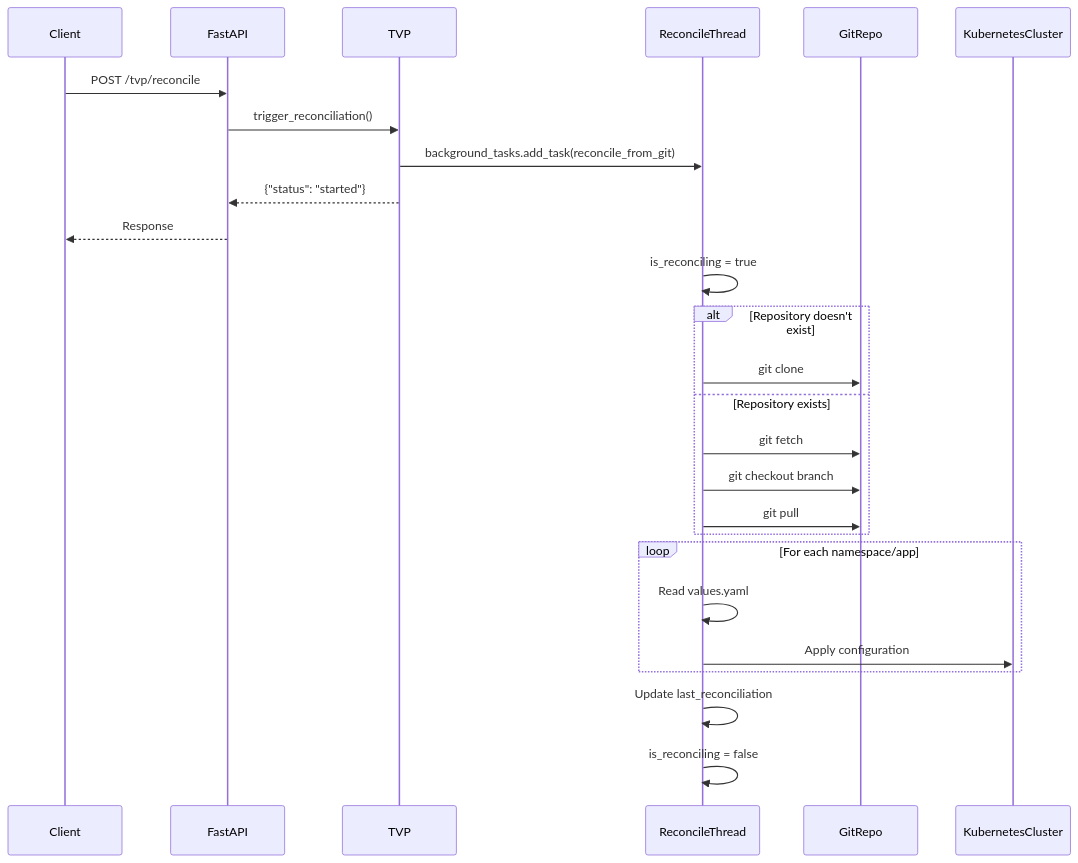
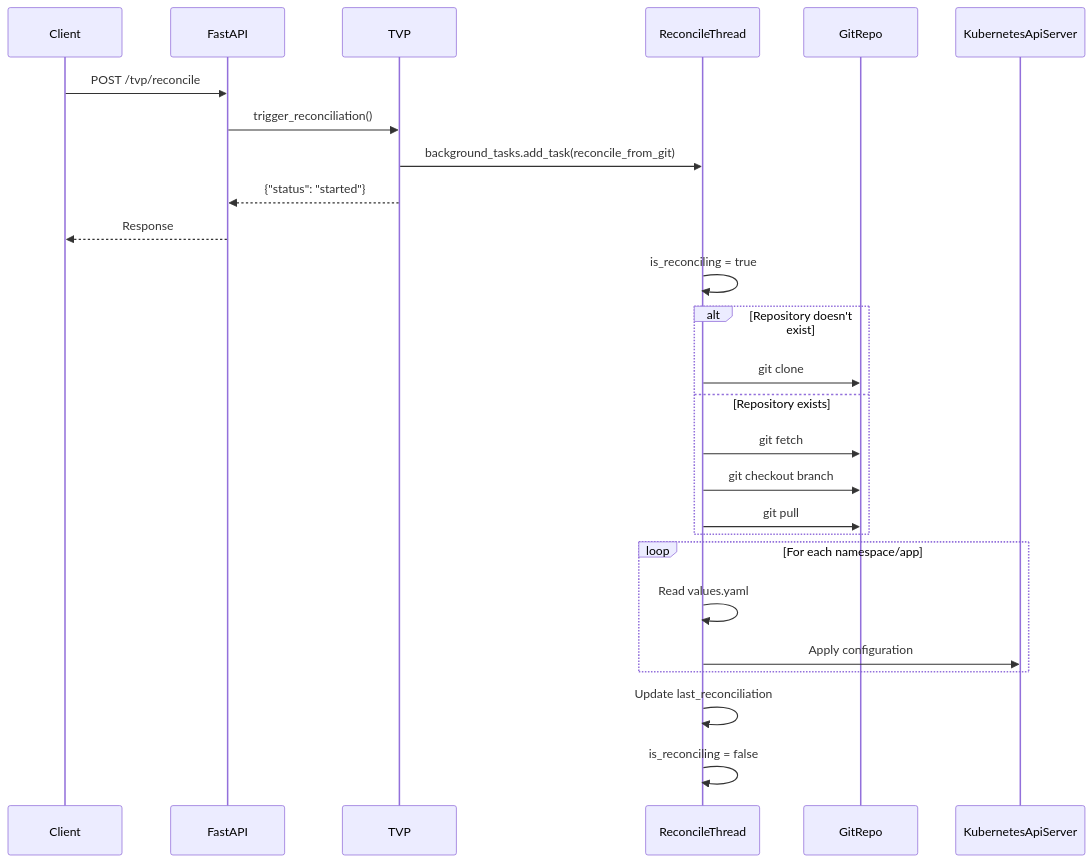
One commit to lloydchang/tvp-k8s changed the fifth of 9 diagrams in README.md. Above: the diagram before and after it, drawn with Mermaid. The commit also changed other lines of this file and 4 other files, not shown here.

````diff
--- a/README.md
+++ b/README.md
@@ -448,34 +448,34 @@
 ```mermaid
 sequenceDiagram
     participant Client
     participant FastAPI
     participant TVP
     participant ReconcileThread
     participant GitRepo
-    participant KubernetesCluster
+    participant KubernetesApiServer
     
     Client->>FastAPI: POST /tvp/reconcile
     FastAPI->>TVP: trigger_reconciliation()
     TVP->>ReconcileThread: background_tasks.add_task(reconcile_from_git)
     TVP-->>FastAPI: {"status": "started"}
     FastAPI-->>Client: Response
     
     ReconcileThread->>ReconcileThread: is_reconciling = true
     
     alt Repository doesn't exist
         ReconcileThread->>GitRepo: git clone
     else Repository exists
         ReconcileThread->>GitRepo: git fetch
         ReconcileThread->>GitRepo: git checkout branch
         ReconcileThread->>GitRepo: git pull
     end
     
     loop For each namespace/app
         ReconcileThread->>ReconcileThread: Read values.yaml
-        ReconcileThread->>KubernetesCluster: Apply configuration
+        ReconcileThread->>KubernetesApiServer: Apply configuration
     end
     
     ReconcileThread->>ReconcileThread: Update last_reconciliation
     ReconcileThread->>ReconcileThread: is_reconciling = false
 
 ```
````
